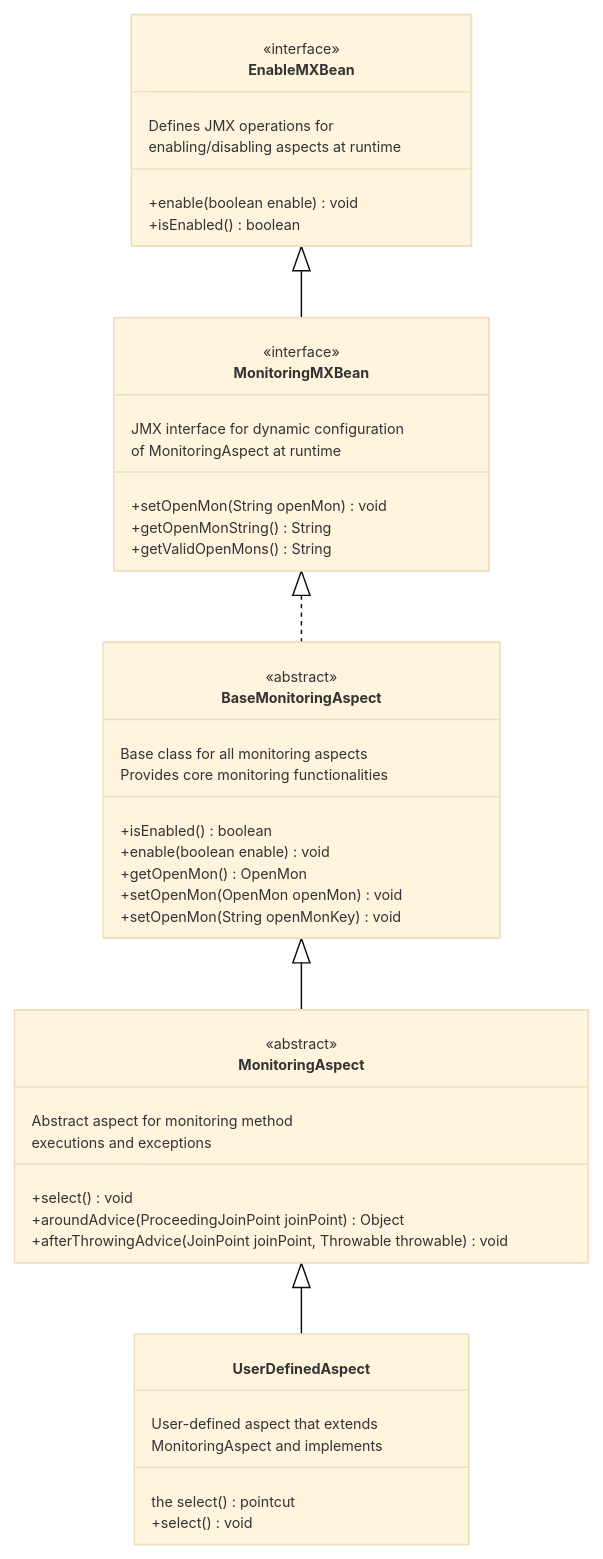
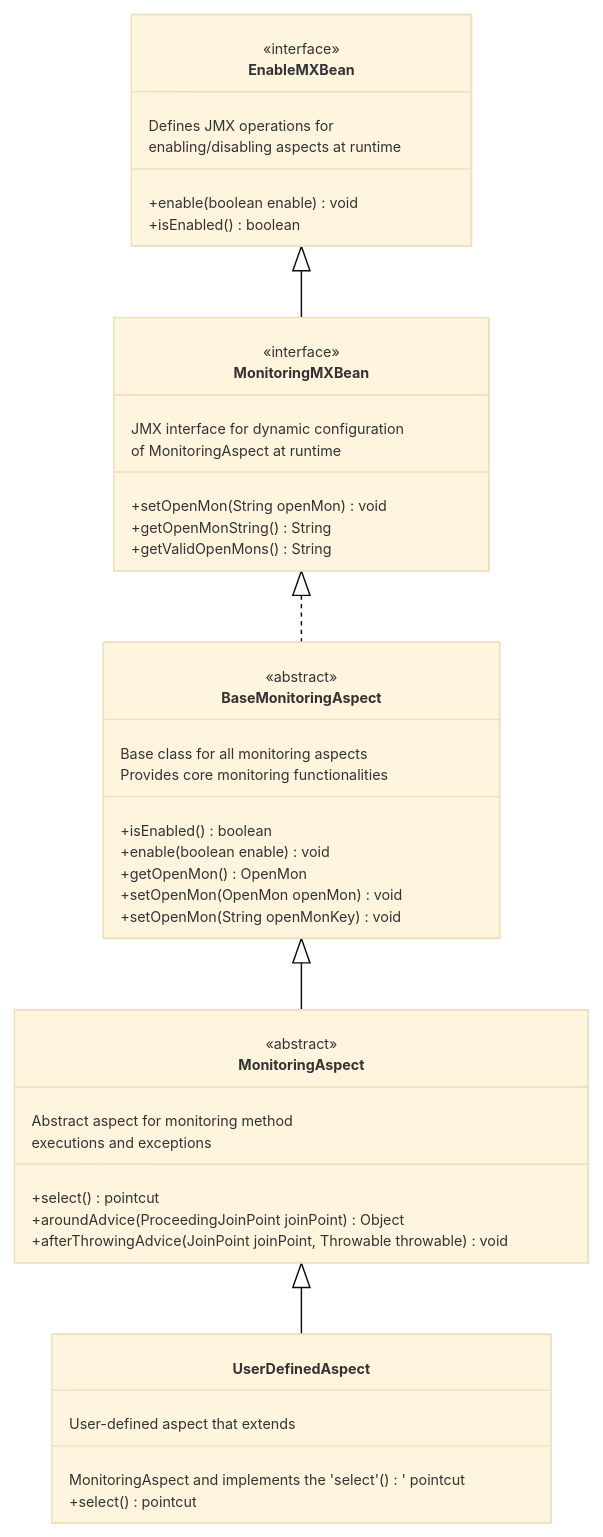
One commit to stevensouza/automon changed the first of 2 diagrams in docs/automon_class_diagrams.md. Above: the diagram before and after it, drawn with Mermaid. The commit also changed other lines of this file, not shown here.

````diff
--- a/docs/automon_class_diagrams.md
+++ b/docs/automon_class_diagrams.md
@@ -28,52 +28,51 @@
 ```mermaid
 %%{init: {'theme': 'base', 'themeVariables': { 'fontSize': '10px'}, "flowchart": {"htmlLabels": true, "curve": "linear"}, "sequence": {"useMaxWidth":false}}}%%
 classDiagram
     EnableMXBean <|-- MonitoringMXBean
     MonitoringMXBean <|.. BaseMonitoringAspect
     BaseMonitoringAspect <|-- MonitoringAspect
     MonitoringAspect <|-- UserDefinedAspect
 
     class EnableMXBean {
         <<interface>>
         Defines JMX operations for
         enabling/disabling aspects at runtime
         +enable(boolean enable) void
         +isEnabled() boolean
     }
 
     class MonitoringMXBean {
         <<interface>>
         JMX interface for dynamic configuration
         of MonitoringAspect at runtime
         +setOpenMon(String openMon) void
         +getOpenMonString() String
         +getValidOpenMons() String
     }
 
     class BaseMonitoringAspect {
         <<abstract>>
         Base class for all monitoring aspects
         Provides core monitoring functionalities
         +isEnabled() boolean
         +enable(boolean enable) void
         +getOpenMon() OpenMon
         +setOpenMon(OpenMon openMon) void
         +setOpenMon(String openMonKey) void
     }
 
     class MonitoringAspect {
         <<abstract>>
         Abstract aspect for monitoring method
         executions and exceptions
-        +select() void
+        +select() pointcut
         +aroundAdvice(ProceedingJoinPoint joinPoint) Object
         +afterThrowingAdvice(JoinPoint joinPoint, Throwable throwable) void
     }
 
     class UserDefinedAspect {
         User-defined aspect that extends
-        MonitoringAspect and implements
-        the select() pointcut
-        +select() void
+        MonitoringAspect and implements the 'select'()' pointcut
+        +select() pointcut
     }
 ```
````
